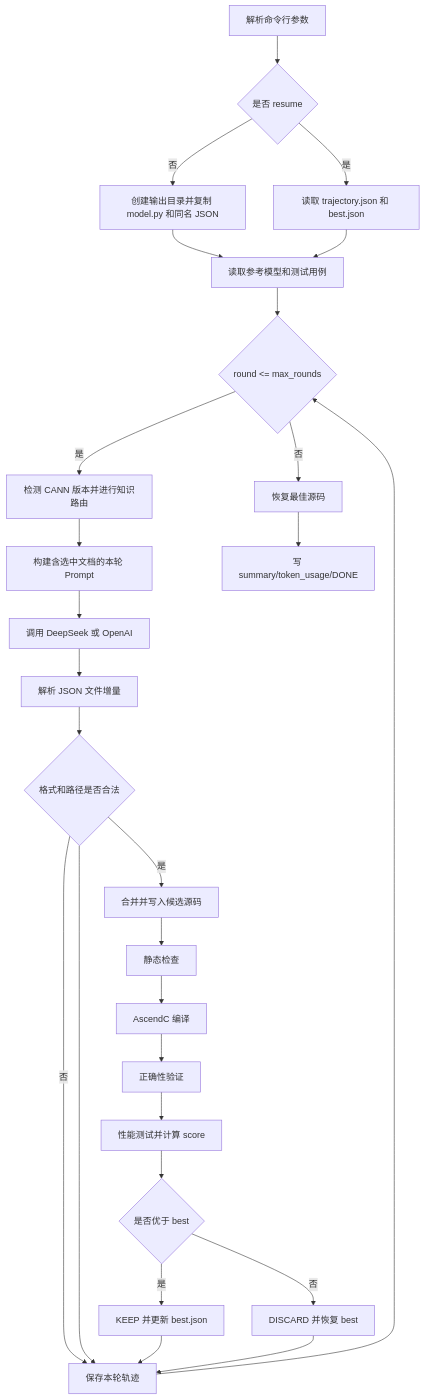
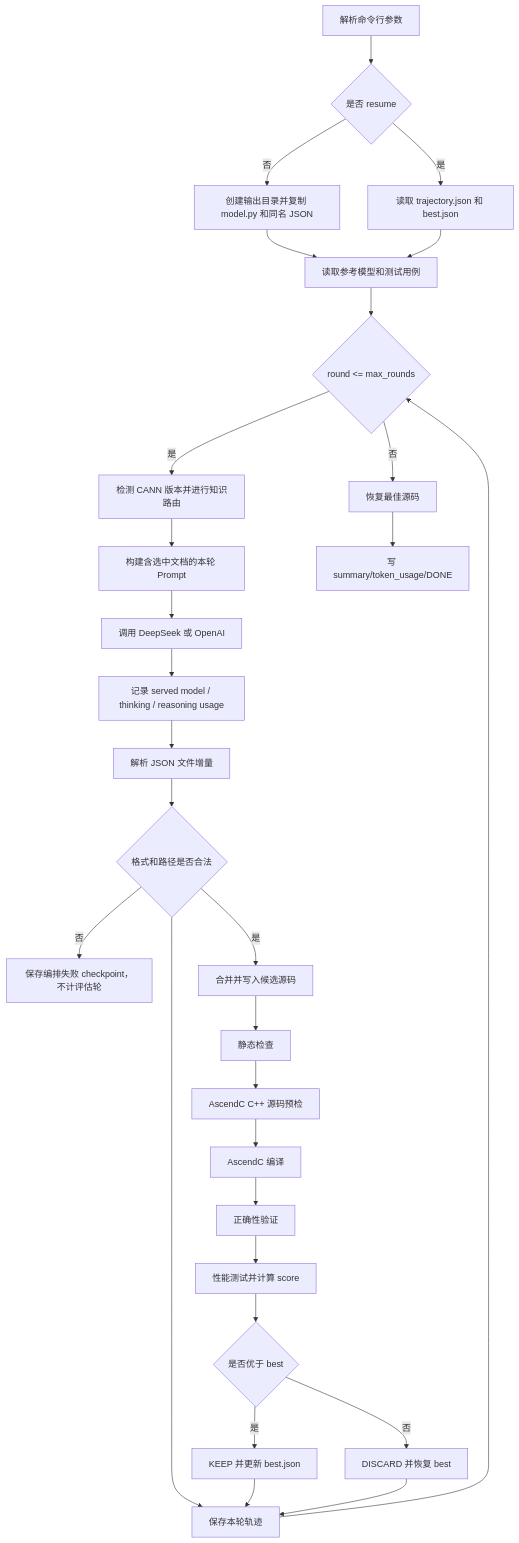
Before and after one commit to Bo1222/CannAgent: the diagram in docs/non-claude-execution-analysis.md, drawn with Mermaid. The commit also changed other lines of this file and 28 other files, not shown here.

````diff
--- a/docs/non-claude-execution-analysis.md
+++ b/docs/non-claude-execution-analysis.md
@@ -46,29 +46,31 @@
 ```mermaid
 flowchart TD
     A[解析命令行参数] --> B{是否 resume}
     B -->|否| C[创建输出目录并复制 model.py 和同名 JSON]
     B -->|是| D[读取 trajectory.json 和 best.json]
     C --> E[读取参考模型和测试用例]
     D --> E
     E --> F{round <= max_rounds}
     F -->|是| G[检测 CANN 版本并进行知识路由]
     G --> H[构建含选中文档的本轮 Prompt]
     H --> I[调用 DeepSeek 或 OpenAI]
-    I --> J[解析 JSON 文件增量]
-    J --> K{格式和路径是否合法}
-    K -->|否| T[记录 FORMAT_FAIL]
+    I --> J[记录 served model / thinking / reasoning usage]
+    J --> K0[解析 JSON 文件增量]
+    K0 --> K{格式和路径是否合法}
+    K -->|否| X[保存编排失败 checkpoint，不计评估轮]
     K -->|是| L[合并并写入候选源码]
     L --> M[静态检查]
-    M --> N[AscendC 编译]
+    M --> M2[AscendC C++ 源码预检]
+    M2 --> N[AscendC 编译]
     N --> O[正确性验证]
     O --> P[性能测试并计算 score]
     P --> Q{是否优于 best}
     Q -->|是| R[KEEP 并更新 best.json]
     Q -->|否| S[DISCARD 并恢复 best]
     K --> T[保存本轮轨迹]
     R --> T
     S --> T
     T --> F
     F -->|否| U[恢复最佳源码]
     U --> V[写 summary/token_usage/DONE]
 ```
````
